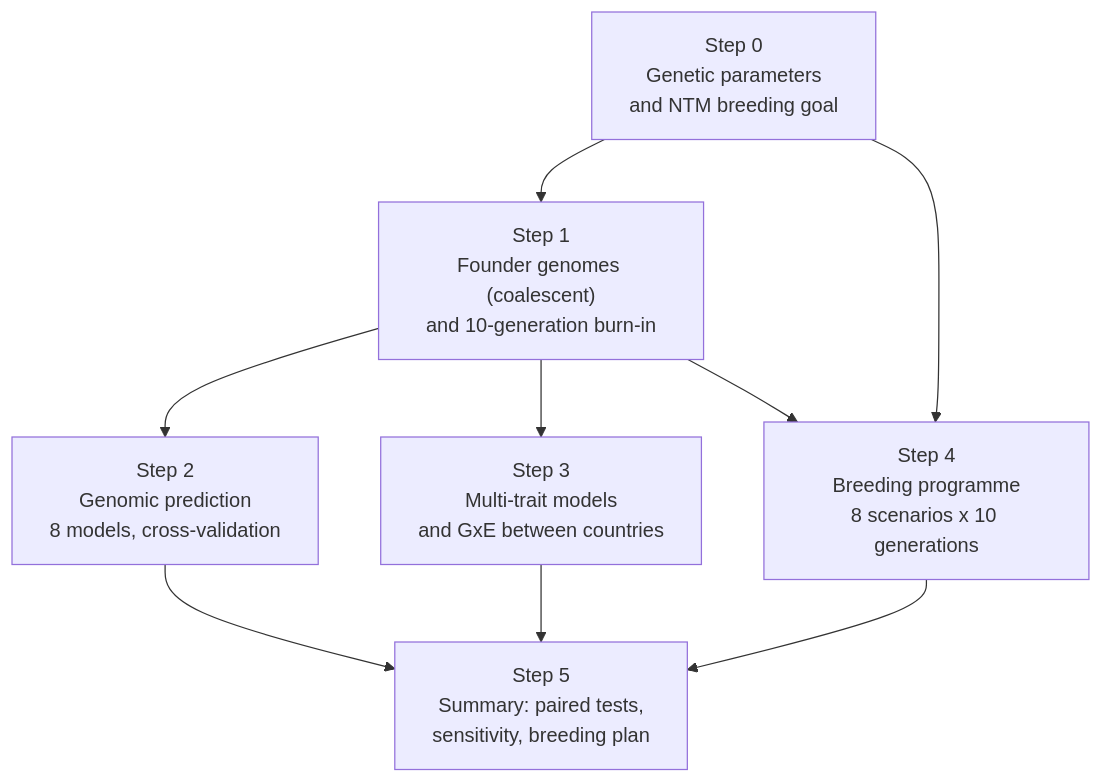
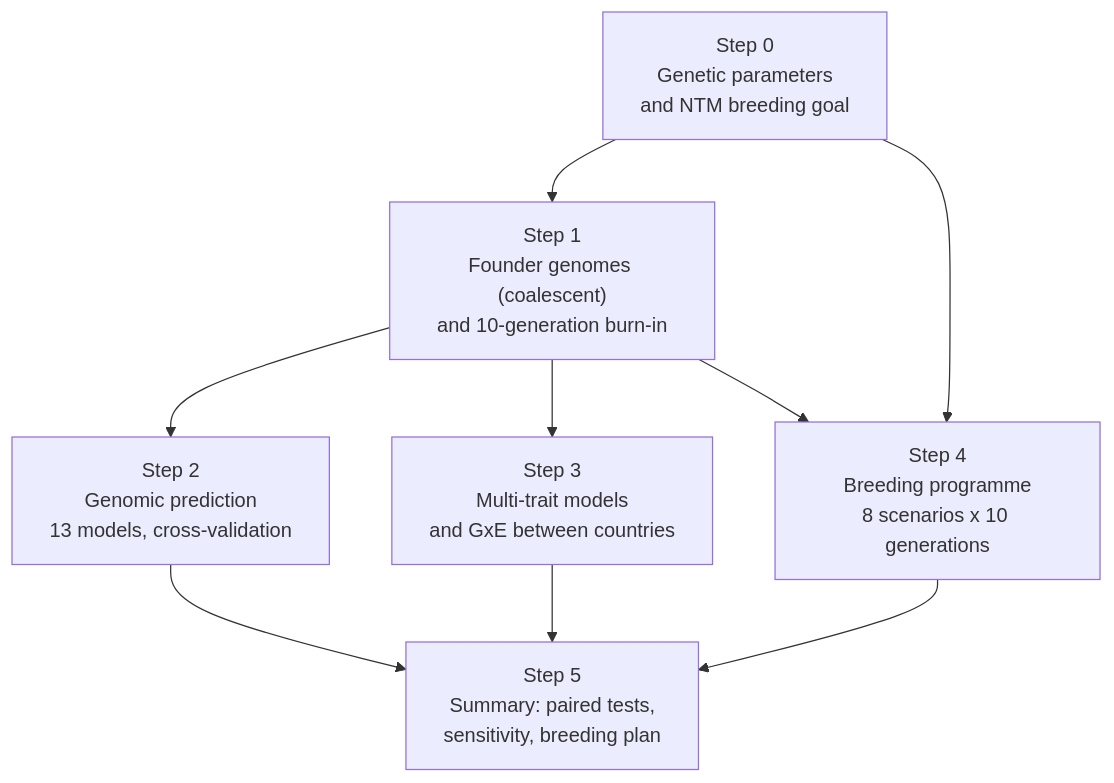
Before and after one commit to Megaluno/NUE-Dairy-Simulation: the diagram in README.md, drawn with Mermaid. The commit also changed other lines of this file and 37 other files, not shown here.

First line of the commit message:
Add BayesR, BayesRC and JWAS models to Step 2

````diff
--- a/README.md
+++ b/README.md
@@ -51,11 +51,11 @@
 ```mermaid
 flowchart TD
     A["Step 0<br/>Genetic parameters<br/>and NTM breeding goal"] --> B["Step 1<br/>Founder genomes (coalescent)<br/>and 10-generation burn-in"]
-    B --> C["Step 2<br/>Genomic prediction<br/>8 models, cross-validation"]
+    B --> C["Step 2<br/>Genomic prediction<br/>13 models, cross-validation"]
     B --> D["Step 3<br/>Multi-trait models<br/>and GxE between countries"]
     B --> E["Step 4<br/>Breeding programme<br/>8 scenarios x 10 generations"]
     A --> E
     C --> F["Step 5<br/>Summary: paired tests,<br/>sensitivity, breeding plan"]
     D --> F
     E --> F
 ```
````
